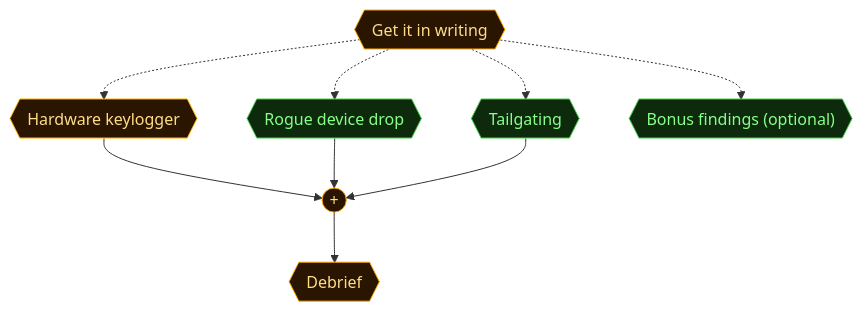
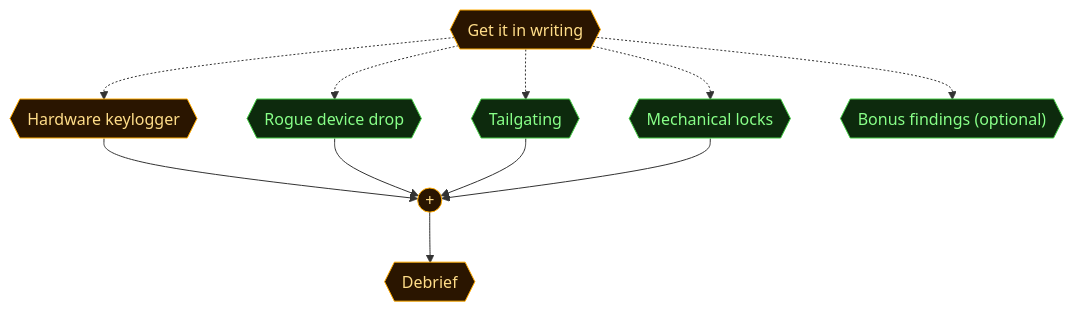
One commit to cliffe/BreakEscape changed the second of 5 diagrams in scenarios/lab_physical_pentest/dungeon_graph.md. Above: the diagram before and after it, drawn with Mermaid. The commit also changed other lines of this file and 11 other files, not shown here.

````diff
--- a/scenarios/lab_physical_pentest/dungeon_graph.md
+++ b/scenarios/lab_physical_pentest/dungeon_graph.md
@@ -128,38 +128,41 @@
 ```mermaid
 flowchart TD
 
   classDef room      fill:#0f2d2d,stroke:#22ddcc,color:#a0ffee
   classDef lock      fill:#2d0f0f,stroke:#e66060,color:#ffa0a0
   classDef key       fill:#2d0812,stroke:#e66060,color:#ffa0a0
   classDef item      fill:#2d1200,stroke:#e89030,color:#ffcc80
   classDef gate      fill:#111,stroke:#666,color:#eee
   classDef vm        fill:#0c1f40,stroke:#4a90d9,color:#a0c8ff
   classDef flag      fill:#1a0c2d,stroke:#9060d0,color:#cc99ff
   classDef action    fill:#1a1200,stroke:#cc9922,color:#ffee88
   classDef aim       fill:#0d2a0d,stroke:#44cc44,color:#88ff88
   classDef aim_gate  fill:#111111,stroke:#44cc44,color:#44cc44
   classDef container fill:#1a2d1a,stroke:#60b060,color:#a0e0a0
   classDef npc       fill:#2d1f0d,stroke:#d0a050,color:#ffe0a0
   classDef critical  fill:#2a1500,stroke:#ffaa00,color:#ffdd88
   classDef start     fill:#003322,stroke:#00ffaa,color:#00ffaa
 
   aim_authorise{{"Get it in writing"}}
   aim_keylogger{{"Hardware keylogger"}}
   aim_usb{{"Rogue device drop"}}
   aim_tailgate{{"Tailgating"}}
+  aim_mechanical_locks{{"Mechanical locks"}}
   aim_bonus_beats{{"Bonus findings (optional)"}}
   aim_debrief{{"Debrief"}}
   aim_andgate_debrief((" + "))
 
   aim_authorise -.-> aim_keylogger
   aim_authorise -.-> aim_usb
   aim_authorise -.-> aim_tailgate
+  aim_authorise -.-> aim_mechanical_locks
   aim_authorise -.-> aim_bonus_beats
   aim_keylogger --> aim_andgate_debrief
   aim_usb --> aim_andgate_debrief
   aim_tailgate --> aim_andgate_debrief
+  aim_mechanical_locks --> aim_andgate_debrief
   aim_andgate_debrief --> aim_debrief
 
   class aim_authorise,aim_keylogger,aim_debrief,aim_andgate_debrief critical
-  class aim_usb,aim_tailgate,aim_bonus_beats aim
+  class aim_usb,aim_tailgate,aim_mechanical_locks,aim_bonus_beats aim
 ```
````
